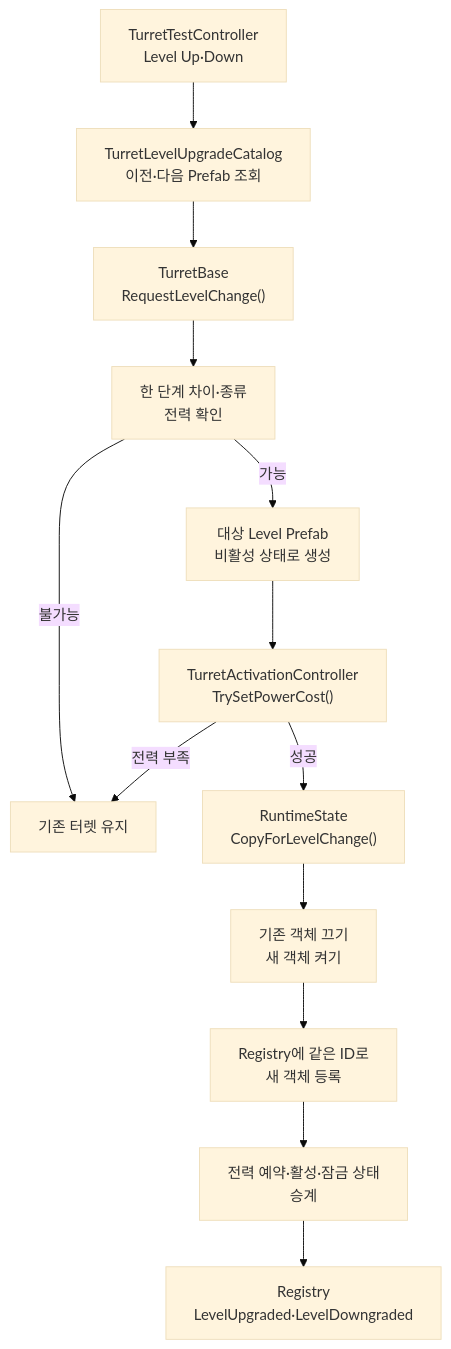
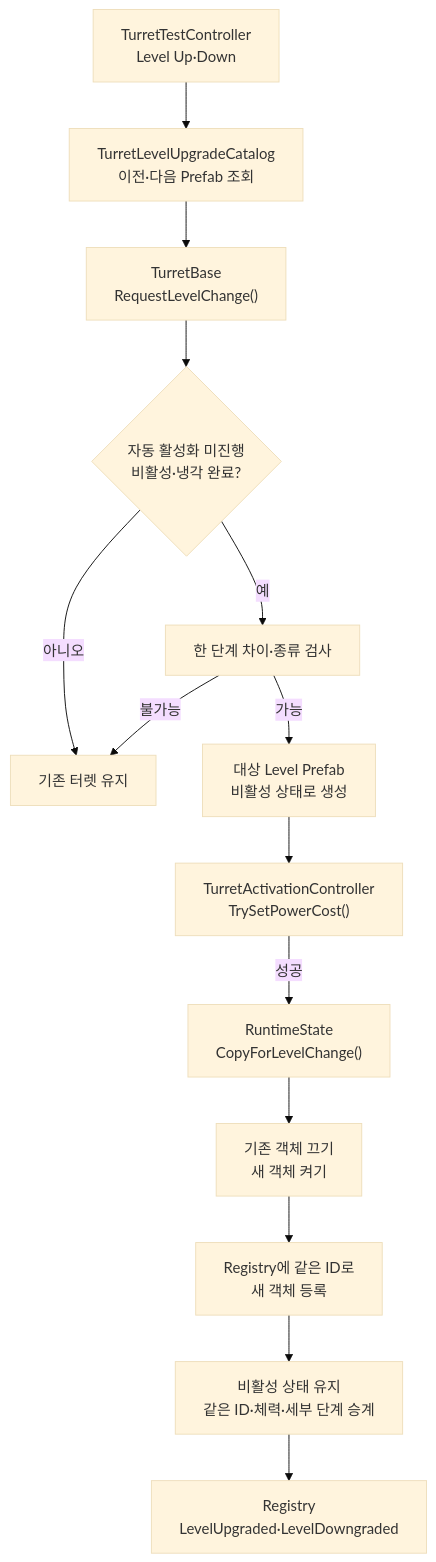
Diagram 12 of 16 in Docs/architecture/turret-system-guide.md (Team-HJD-21/unity-6-the-developer), drawn with Mermaid (base theme) before and after one commit. The commit also changed other lines of this file and 7 other files, not shown here.

````diff
--- a/Docs/architecture/turret-system-guide.md
+++ b/Docs/architecture/turret-system-guide.md
@@ -556,15 +555,16 @@
 ```mermaid
 flowchart TD
     UI["TurretTestController<br>Level Up·Down"] --> Catalog["TurretLevelUpgradeCatalog<br>이전·다음 Prefab 조회"]
     Catalog --> Base["TurretBase<br>RequestLevelChange()"]
-    Base --> Validate["한 단계 차이·종류<br>전력 확인"]
+    Base --> Gate{"자동 활성화 미진행<br>비활성·냉각 완료?"}
+    Gate -->|아니오| Reject["기존 터렛 유지"]
+    Gate -->|예| Validate["한 단계 차이·종류 검사"]
     Validate -->|가능| Create["대상 Level Prefab<br>비활성 상태로 생성"]
     Validate -->|불가능| Reject["기존 터렛 유지"]
     Create --> Power["TurretActivationController<br>TrySetPowerCost()"]
-    Power -->|전력 부족| Reject
     Power -->|성공| Copy["RuntimeState<br>CopyForLevelChange()"]
     Copy --> Swap["기존 객체 끄기<br>새 객체 켜기"]
     Swap --> Registry["Registry에 같은 ID로<br>새 객체 등록"]
-    Registry --> Active["전력 예약·활성·잠금 상태<br>승계"]
+    Registry --> Active["비활성 상태 유지<br>같은 ID·체력·세부 단계 승계"]
     Active --> Event["Registry<br>LevelUpgraded·LevelDowngraded"]
 ```
````
